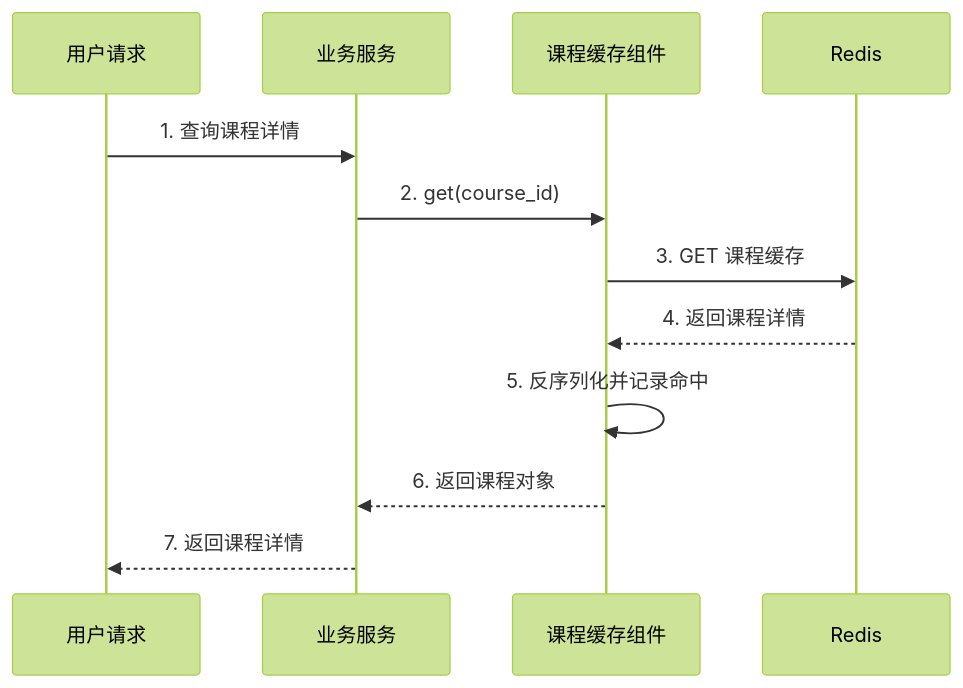
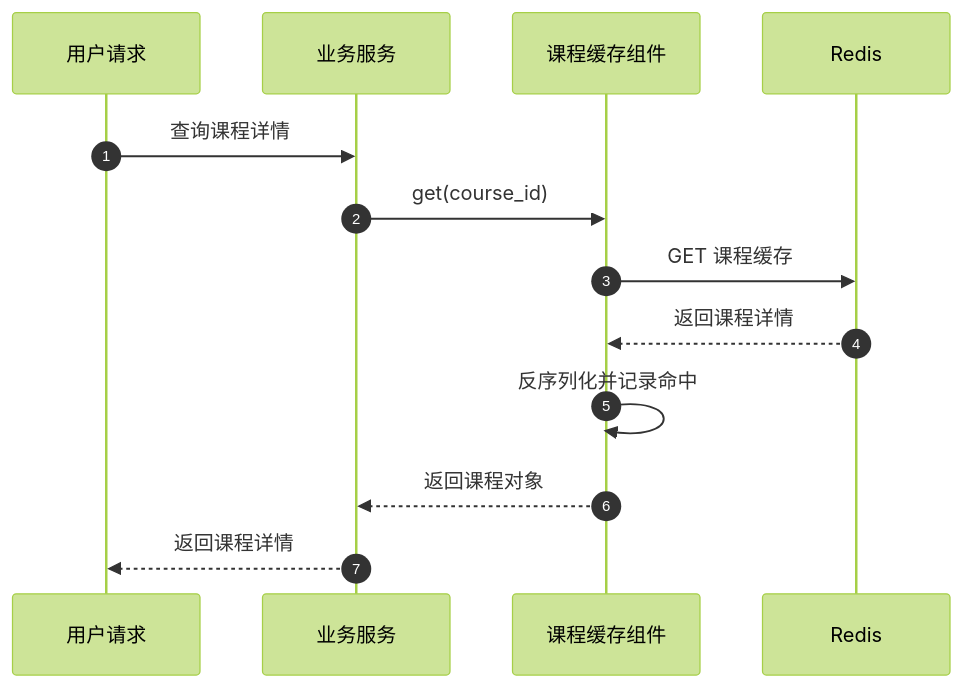
Diagram 12 of 27 in docs/redis/126-redis-4种缓存模式-分享版-极简版.md (zdl20251023-pixel/agent-frame), drawn with Mermaid (forest theme) before and after one commit. The commit also changed other lines of this file, not shown here.

Commit message:
redis 四大缓存模式 分享-极简版

````diff
--- a/docs/redis/126-redis-4种缓存模式-分享版-极简版.md
+++ b/docs/redis/126-redis-4种缓存模式-分享版-极简版.md
@@ -523,15 +531,16 @@
 ```mermaid
 sequenceDiagram
+    autonumber
     participant Client as 用户请求
     participant Service as 业务服务
     participant Cache as 课程缓存组件
     participant Redis as Redis
 
-    Client->>Service: 1. 查询课程详情
-    Service->>Cache: 2. get(course_id)
-    Cache->>Redis: 3. GET 课程缓存
-    Redis-->>Cache: 4. 返回课程详情
-    Cache->>Cache: 5. 反序列化并记录命中
-    Cache-->>Service: 6. 返回课程对象
-    Service-->>Client: 7. 返回课程详情
+    Client->>Service: 查询课程详情
+    Service->>Cache: get(course_id)
+    Cache->>Redis: GET 课程缓存
+    Redis-->>Cache: 返回课程详情
+    Cache->>Cache: 反序列化并记录命中
+    Cache-->>Service: 返回课程对象
+    Service-->>Client: 返回课程详情
 ```
````
